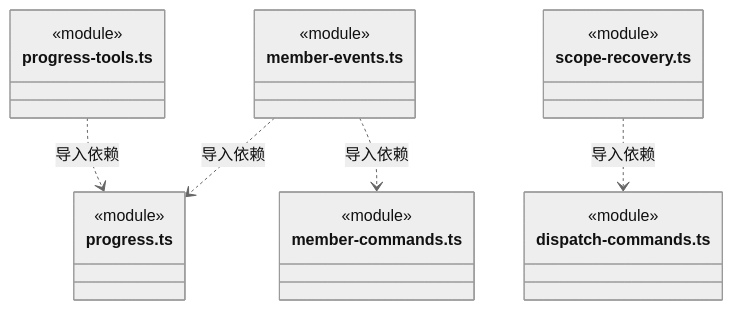
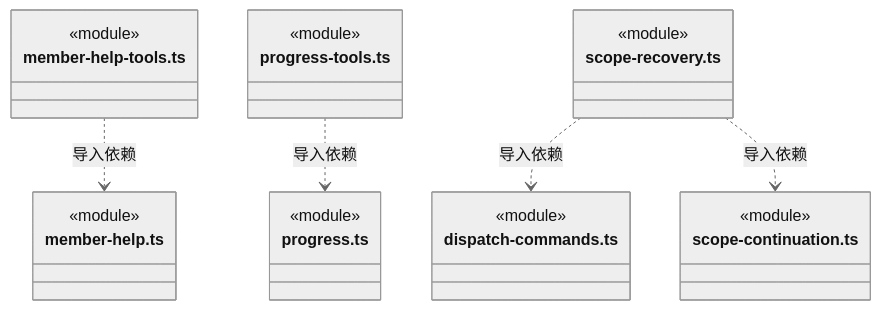
One commit to nan023062/cbim changed diagram 55 of 60 in src/backend/core/tasks/ARCHITECTURE.md. Above: the diagram before and after it, drawn with Mermaid (neutral theme). The commit also changed other lines of this file and 47 other files, not shown here.

````diff
--- a/src/backend/core/tasks/ARCHITECTURE.md
+++ b/src/backend/core/tasks/ARCHITECTURE.md
@@ -1281,25 +1369,28 @@
 ```mermaid
 classDiagram
-class N_src_backend_core_tasks_member_events_ts["member-events.ts"] {
+class N_src_backend_core_tasks_member_help_tools_ts["member-help-tools.ts"] {
+  <<module>>
+}
+class N_src_backend_core_tasks_member_help_ts["member-help.ts"] {
+  <<module>>
+}
+class N_src_backend_core_tasks_progress_tools_ts["progress-tools.ts"] {
   <<module>>
 }
 class N_src_backend_core_tasks_progress_ts["progress.ts"] {
-  <<module>>
-}
-class N_src_backend_core_tasks_member_commands_ts["member-commands.ts"] {
-  <<module>>
-}
-class N_src_backend_core_tasks_progress_tools_ts["progress-tools.ts"] {
   <<module>>
 }
 class N_src_backend_core_tasks_scope_recovery_ts["scope-recovery.ts"] {
   <<module>>
 }
 class N_src_backend_core_tasks_dispatch_commands_ts["dispatch-commands.ts"] {
   <<module>>
 }
-N_src_backend_core_tasks_member_events_ts ..> N_src_backend_core_tasks_progress_ts : 导入依赖
-N_src_backend_core_tasks_member_events_ts ..> N_src_backend_core_tasks_member_commands_ts : 导入依赖
+class N_src_backend_core_tasks_scope_continuation_ts["scope-continuation.ts"] {
+  <<module>>
+}
+N_src_backend_core_tasks_member_help_tools_ts ..> N_src_backend_core_tasks_member_help_ts : 导入依赖
 N_src_backend_core_tasks_progress_tools_ts ..> N_src_backend_core_tasks_progress_ts : 导入依赖
 N_src_backend_core_tasks_scope_recovery_ts ..> N_src_backend_core_tasks_dispatch_commands_ts : 导入依赖
+N_src_backend_core_tasks_scope_recovery_ts ..> N_src_backend_core_tasks_scope_continuation_ts : 导入依赖
 ```
````
